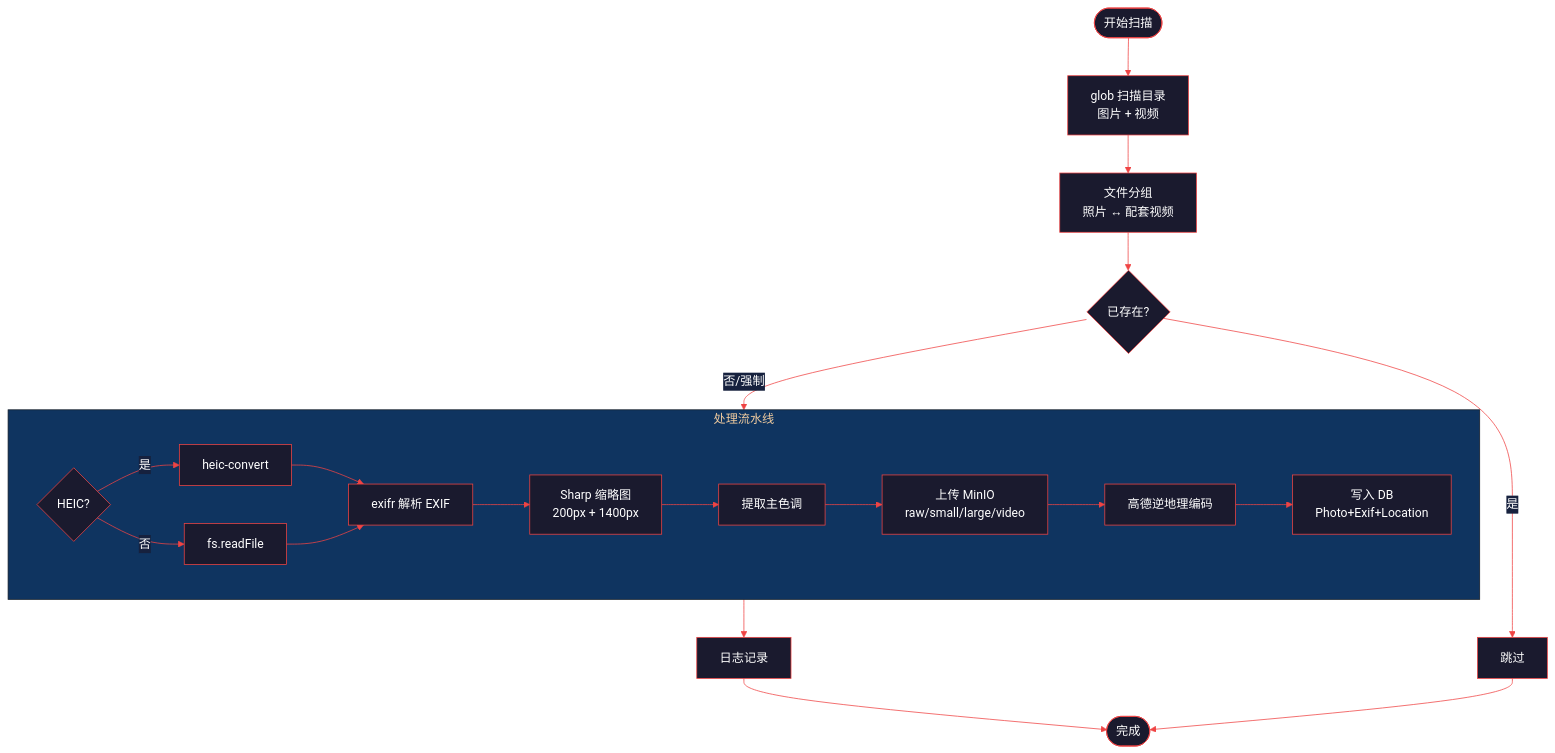
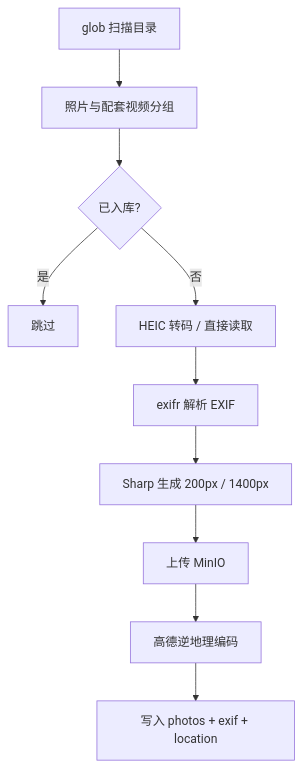
Before and after one commit to Raydooom/next-photo-map: the fifth of 8 diagrams in ARCHITECTURE.md, drawn with Mermaid. The commit also changed other lines of this file and 1 other file, not shown here.

````diff
--- a/ARCHITECTURE.md
+++ b/ARCHITECTURE.md
@@ -342,24 +131,12 @@
 ```mermaid
-%%{init: {'theme': 'base', 'themeVariables': { 'primaryColor': '#1a1a2e', 'primaryTextColor': '#fff', 'primaryBorderColor': '#ef4444', 'lineColor': '#ef4444', 'secondaryColor': '#16213e', 'tertiaryColor': '#0f3460'}}}%%
 flowchart TD
-    S(["开始扫描"]) --> G["glob 扫描目录<br/>图片 + 视频"]
-    G --> Grp["文件分组<br/>照片 ↔ 配套视频"]
-    Grp --> Ck{"已存在?"}
-    Ck -->|是| Skip["跳过"]
-    Ck -->|否/强制| P
-
-    subgraph P["处理流水线"]
-        H{"HEIC?"}
-        H -->|是| Conv["heic-convert"]
-        H -->|否| Load["fs.readFile"]
-        Conv & Load --> Exif["exifr 解析 EXIF"]
-        Exif --> Thumb["Sharp 缩略图<br/>200px + 1400px"]
-        Thumb --> Color["提取主色调"]
-        Color --> Up["上传 MinIO<br/>raw/small/large/video"]
-        Up --> Geo["高德逆地理编码"]
-        Geo --> DB["写入 DB<br/>Photo+Exif+Location"]
-    end
-
-    P --> Log["日志记录"]
-    Log & Skip --> E(["完成"])
+    Scan["glob 扫描目录"] --> Group["照片与配套视频分组"]
+    Group --> Exists{"已入库?"}
+    Exists -->|是| Skip["跳过"]
+    Exists -->|否| Decode["HEIC 转码 / 直接读取"]
+    Decode --> Exif["exifr 解析 EXIF"]
+    Exif --> Thumb["Sharp 生成 200px / 1400px"]
+    Thumb --> Upload["上传 MinIO"]
+    Upload --> Geo["高德逆地理编码"]
+    Geo --> Write["写入 photos + exif + location"]
 ```
````
